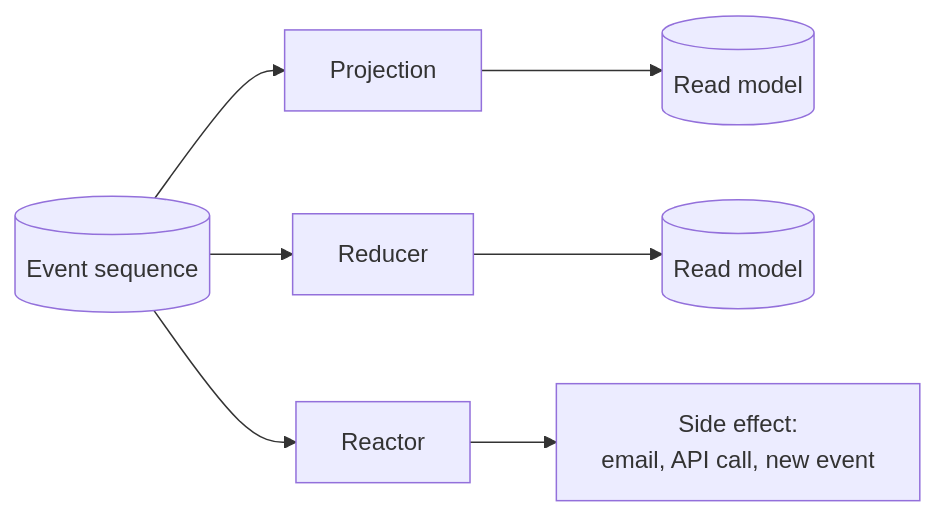
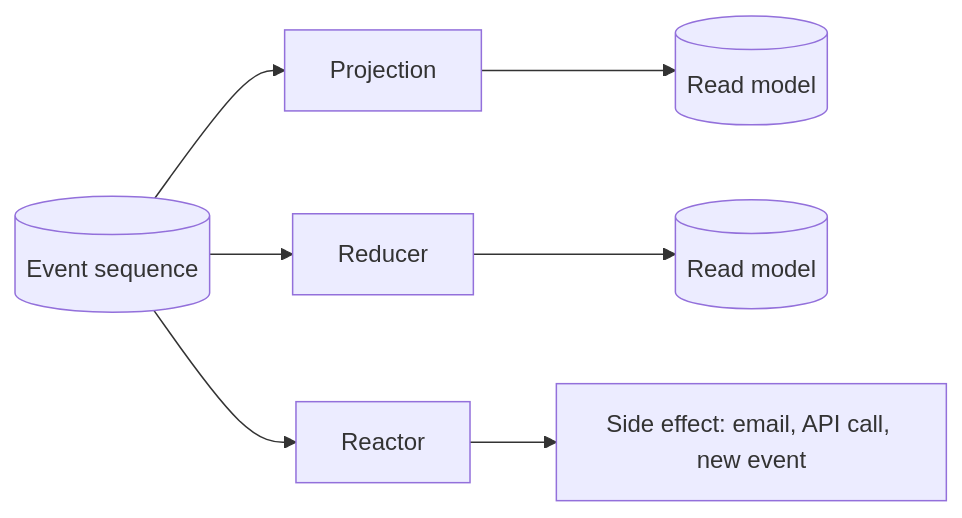
One commit to Cratis/Chronicle changed the diagram in Documentation/concepts/observers.md. Above: the diagram before and after it, drawn with Mermaid. The commit also changed 43 other files, not shown here.

````diff
--- a/Documentation/concepts/observers.md
+++ b/Documentation/concepts/observers.md
@@ -20,6 +20,6 @@
 ```mermaid
 flowchart LR
     EV[(Event sequence)] --> P[Projection] --> RM1[(Read model)]
     EV --> R[Reducer] --> RM2[(Read model)]
-    EV --> RC[Reactor] --> SE[Side effect:<br/>email, API call, new event]
+    EV --> RC[Reactor] --> SE["Side effect: email, API call, new event"]
 ```
````
